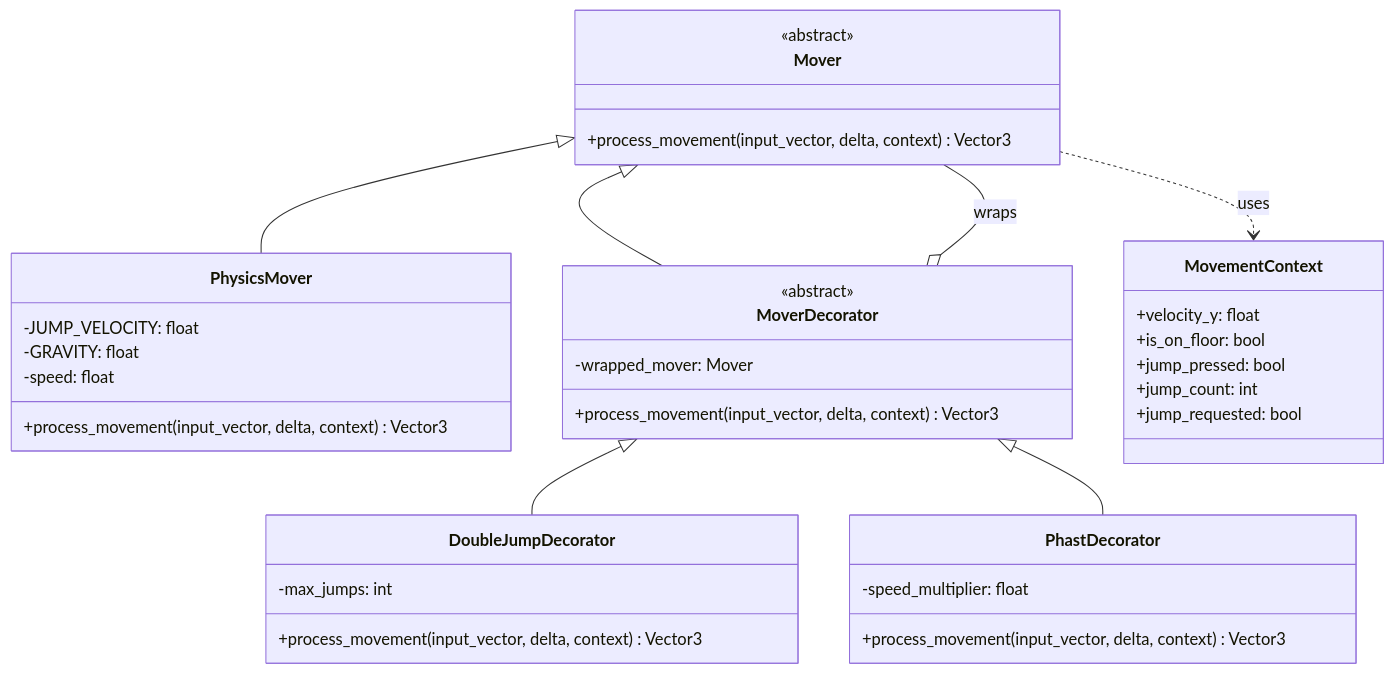
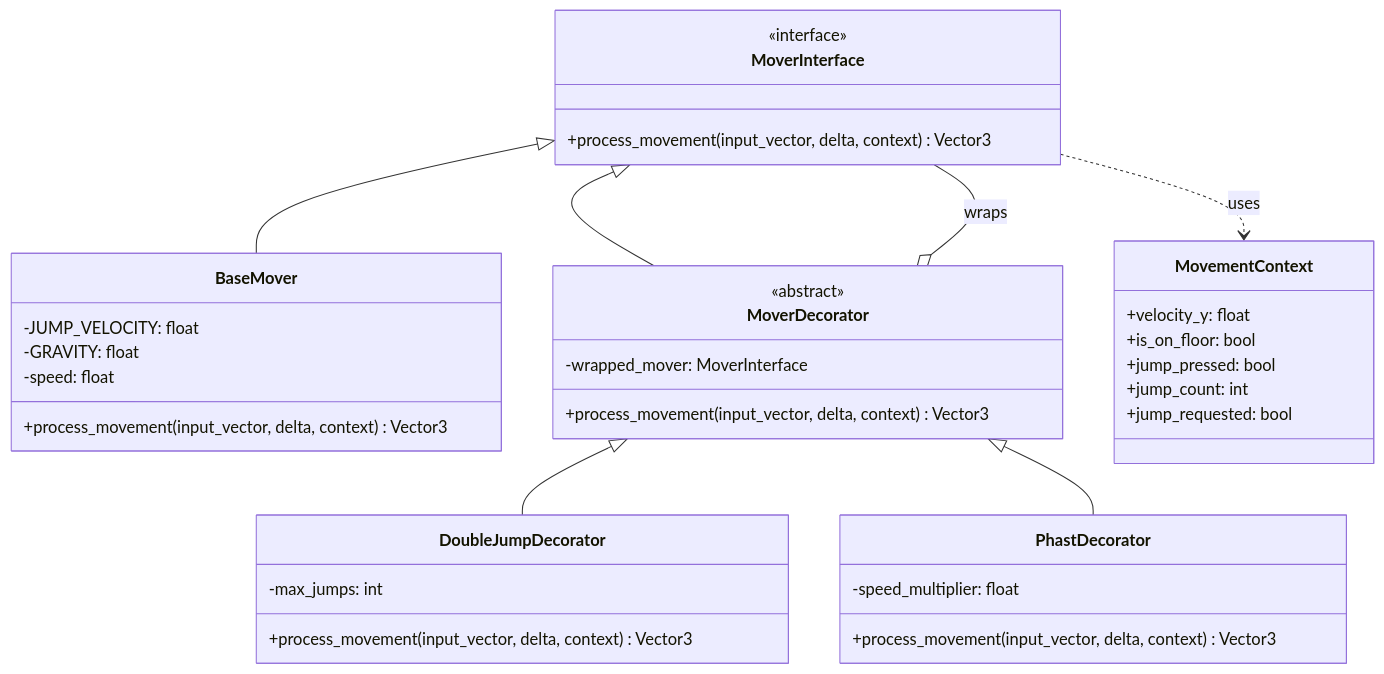
One commit to theowiik/project-epic-footsies-2 changed the first of 2 diagrams in game/docs/decorator-architecture.md. Above: the diagram before and after it, drawn with Mermaid. The commit also changed other lines of this file and 25 other files, not shown here.

````diff
--- a/game/docs/decorator-architecture.md
+++ b/game/docs/decorator-architecture.md
@@ -23,45 +23,45 @@
 ```mermaid
 classDiagram
-    class Mover {
-        <<abstract>>
+    class MoverInterface {
+        <<interface>>
         +process_movement(input_vector, delta, context) Vector3
     }
 
-    class PhysicsMover {
+    class BaseMover {
         -JUMP_VELOCITY: float
         -GRAVITY: float
         -speed: float
         +process_movement(input_vector, delta, context) Vector3
     }
 
     class MoverDecorator {
         <<abstract>>
-        -wrapped_mover: Mover
+        -wrapped_mover: MoverInterface
         +process_movement(input_vector, delta, context) Vector3
     }
 
     class DoubleJumpDecorator {
         -max_jumps: int
         +process_movement(input_vector, delta, context) Vector3
     }
 
     class PhastDecorator {
         -speed_multiplier: float
         +process_movement(input_vector, delta, context) Vector3
     }
 
     class MovementContext {
         +velocity_y: float
         +is_on_floor: bool
         +jump_pressed: bool
         +jump_count: int
         +jump_requested: bool
     }
 
-    Mover <|-- PhysicsMover
-    Mover <|-- MoverDecorator
+    MoverInterface <|-- BaseMover
+    MoverInterface <|-- MoverDecorator
     MoverDecorator <|-- DoubleJumpDecorator
     MoverDecorator <|-- PhastDecorator
-    MoverDecorator o-- Mover : wraps
-    Mover ..> MovementContext : uses
+    MoverDecorator o-- MoverInterface : wraps
+    MoverInterface ..> MovementContext : uses
 ```
````
